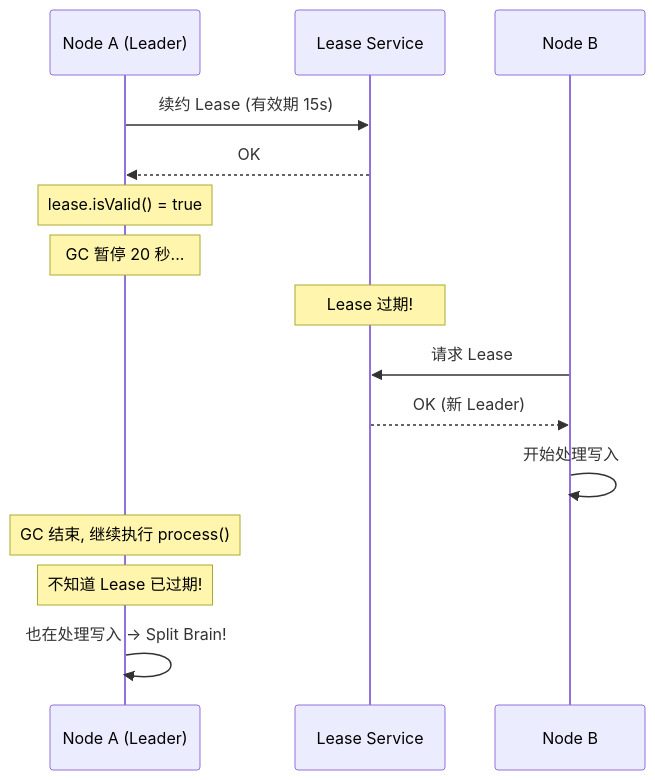
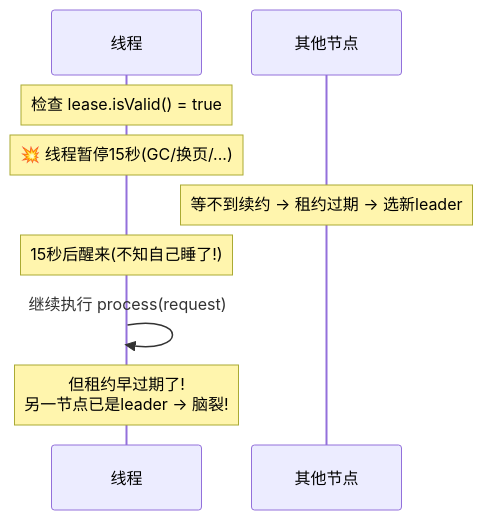
One commit to socoo123/ddia_2nd changed diagram 11 of 18 in ch09-分布式系统的困难.md. Above: the diagram before and after it, drawn with Mermaid. The commit also changed other lines of this file and 8 other files, not shown here.

First line of the commit message:
重写 ch01-ch09 读书笔记：风格统一 + 内容扩充 + 大量图表

````diff
--- a/ch09-分布式系统的困难.md
+++ b/ch09-分布式系统的困难.md
@@ -279,18 +409,11 @@
 ```mermaid
 sequenceDiagram
-    participant N1 as Node A (Leader)
-    participant LS as Lease Service
-    participant N2 as Node B
-
-    N1->>LS: 续约 Lease (有效期 15s)
-    LS-->>N1: OK
-    Note over N1: lease.isValid() = true
-    Note over N1: GC 暂停 20 秒...
-    Note over LS: Lease 过期!
-    N2->>LS: 请求 Lease
-    LS-->>N2: OK (新 Leader)
-    N2->>N2: 开始处理写入
-    Note over N1: GC 结束, 继续执行 process()
-    Note over N1: 不知道 Lease 已过期!
-    N1->>N1: 也在处理写入 → Split Brain!
+    participant T as 线程
+    participant L as 其他节点
+    Note over T: 检查 lease.isValid() = true
+    Note over T: 💥 线程暂停15秒(GC/换页/...)
+    Note over L: 等不到续约 → 租约过期 → 选新leader
+    Note over T: 15秒后醒来(不知自己睡了!)
+    T->>T: 继续执行 process(request)
+    Note over T: 但租约早过期了!<br/>另一节点已是leader → 脑裂!
 ```
````
